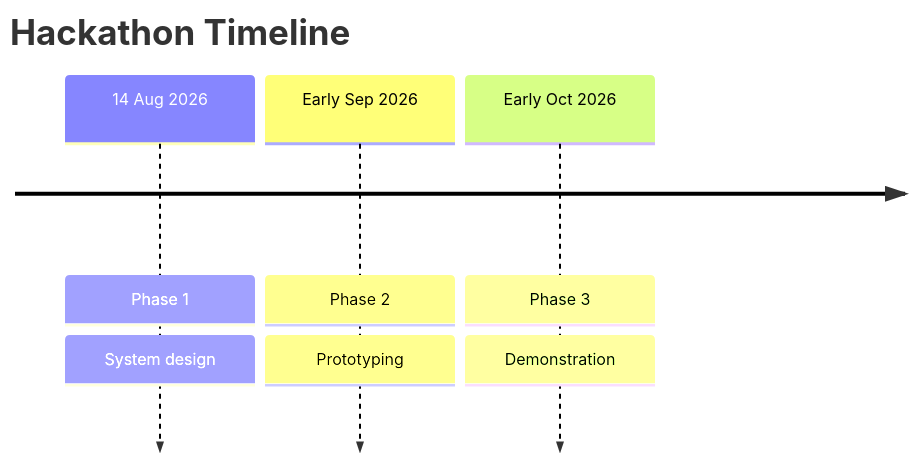
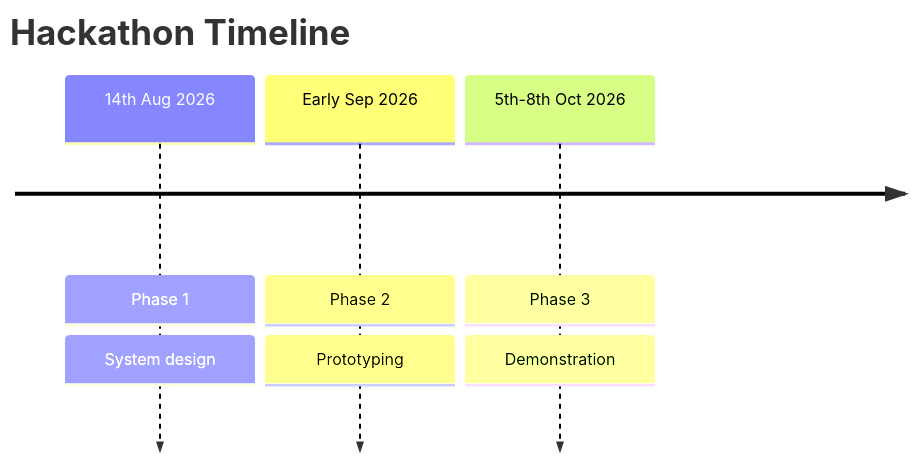
One commit to UCL-Photonics-Society/UCLightcommands changed the diagram in docs/index.md. Above: the diagram before and after it, drawn with Mermaid. The commit also changed 1 other file, not shown here.

Commit message:
docs: add dates for phase 3

````diff
--- a/docs/index.md
+++ b/docs/index.md
@@ -61,10 +61,10 @@
 ```mermaid
 timeline
     title Hackathon Timeline
-    14 Aug 2026  : Phase 1
+    14th Aug 2026  : Phase 1
                  : System design
     Early Sep 2026 : Phase 2
                   : Prototyping
-    Early Oct 2026 : Phase 3
+    5th-8th Oct 2026 : Phase 3
                   : Demonstration
 ```
````
